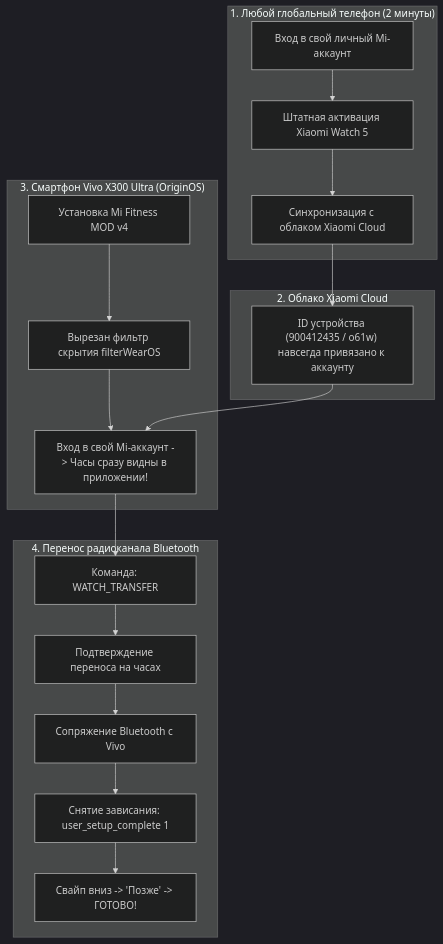
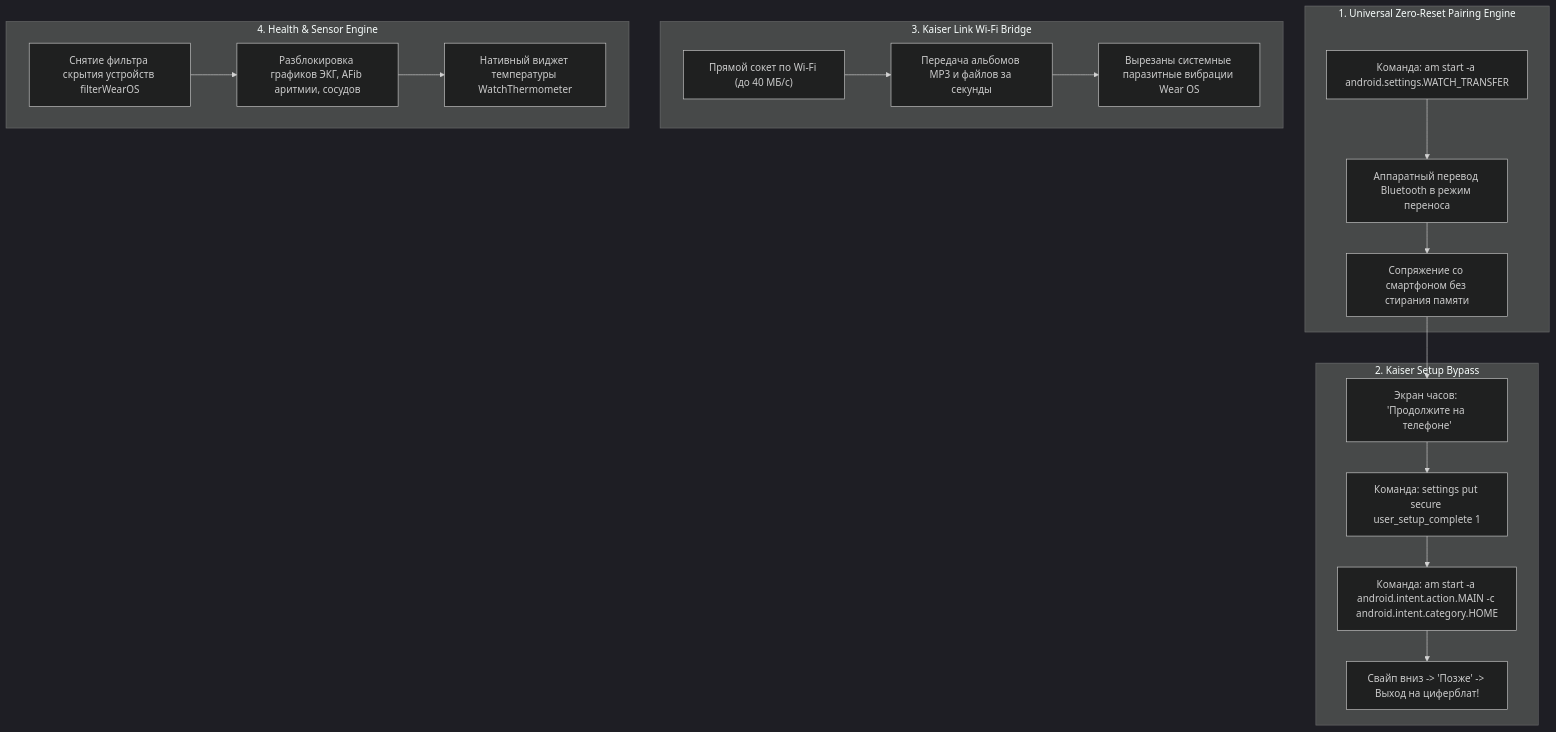
Before and after one commit to kaiser10669-svg/kaiserwear-suite: the diagram in README.md, drawn with Mermaid (dark theme). The commit also changed other lines of this file and 12 other files, not shown here.

Commit message:
feat: complete KaiserWear Suite v1.0 with Universal Wear OS Pairing, Kaiser Link & Thermometer

````diff
--- a/README.md
+++ b/README.md
@@ -17,27 +34,33 @@
 ```mermaid
 flowchart TD
-    subgraph GlobalPhone["1. Любой глобальный телефон (2 минуты)"]
-        A1["Вход в свой личный Mi-аккаунт"] --> A2["Штатная активация Xiaomi Watch 5"]
-        A2 --> A3["Синхронизация с облаком Xiaomi Cloud"]
+    subgraph CoreEngine["1. Universal Zero-Reset Pairing Engine"]
+        A1["Команда: am start -a android.settings.WATCH_TRANSFER"]
+        A2["Аппаратный перевод Bluetooth в режим переноса"]
+        A3["Сопряжение со смартфоном без стирания памяти"]
+        A1 --> A2 --> A3
     end
 
-    subgraph XiaomiCloud["2. Облако Xiaomi Cloud"]
-        B1["ID устройства (900412435 / o61w) навсегда привязано к аккаунту"]
+    subgraph StuckFix["2. Kaiser Setup Bypass"]
+        B1["Экран часов: 'Продолжите на телефоне'"]
+        B2["Команда: settings put secure user_setup_complete 1"]
+        B3["Команда: am start -a android.intent.action.MAIN -c android.intent.category.HOME"]
+        B4["Свайп вниз -> 'Позже' -> Выход на циферблат!"]
+        B1 --> B2 --> B3 --> B4
     end
 
-    subgraph VivoPhone["3. Смартфон Vivo X300 Ultra (OriginOS)"]
-        C1["Установка Mi Fitness MOD v4"] --> C2["Вырезан фильтр скрытия filterWearOS"]
-        C2 --> C3["Вход в свой Mi-аккаунт -> Часы сразу видны в приложении!"]
+    subgraph HighSpeedBridge["3. Kaiser Link Wi-Fi Bridge"]
+        C1["Прямой сокет по Wi-Fi (до 40 МБ/с)"]
+        C2["Передача альбомов MP3 и файлов за секунды"]
+        C3["Вырезаны системные паразитные вибрации Wear OS"]
+        C1 --> C2 --> C3
     end
 
-    subgraph WatchTransfer["4. Перенос радиоканала Bluetooth"]
-        D1["Команда: WATCH_TRANSFER"] --> D2["Подтверждение переноса на часах"]
-        D2 --> D3["Сопряжение Bluetooth с Vivo"]
-        D3 --> D4["Снятие зависания: user_setup_complete 1"]
-        D4 --> D5["Свайп вниз -> 'Позже' -> ГОТОВО!"]
+    subgraph HealthUnlock["4. Health & Sensor Engine"]
+        D1["Снятие фильтра скрытия устройств filterWearOS"]
+        D2["Разблокировка графиков ЭКГ, AFib аритмии, сосудов"]
+        D3["Нативный виджет температуры WatchThermometer"]
+        D1 --> D2 --> D3
     end
 
     A3 --> B1
-    B1 --> C3
-    C3 --> D1
 ```
````
